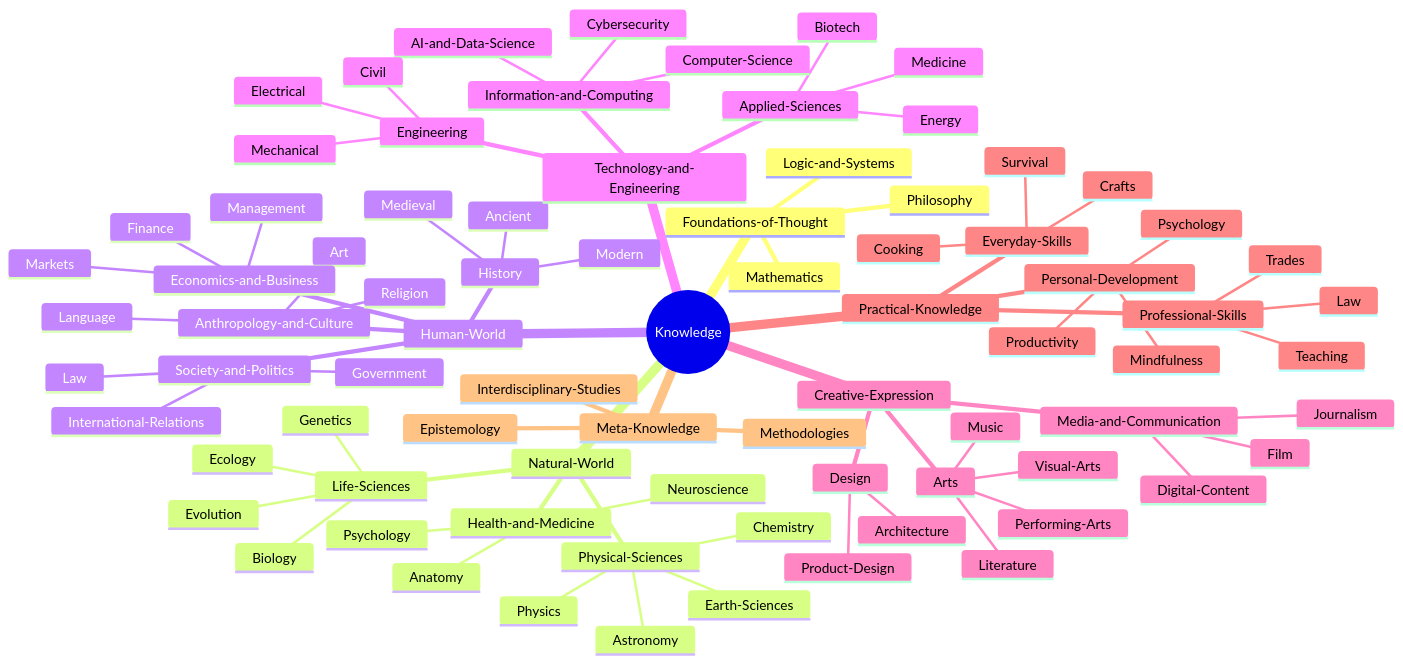
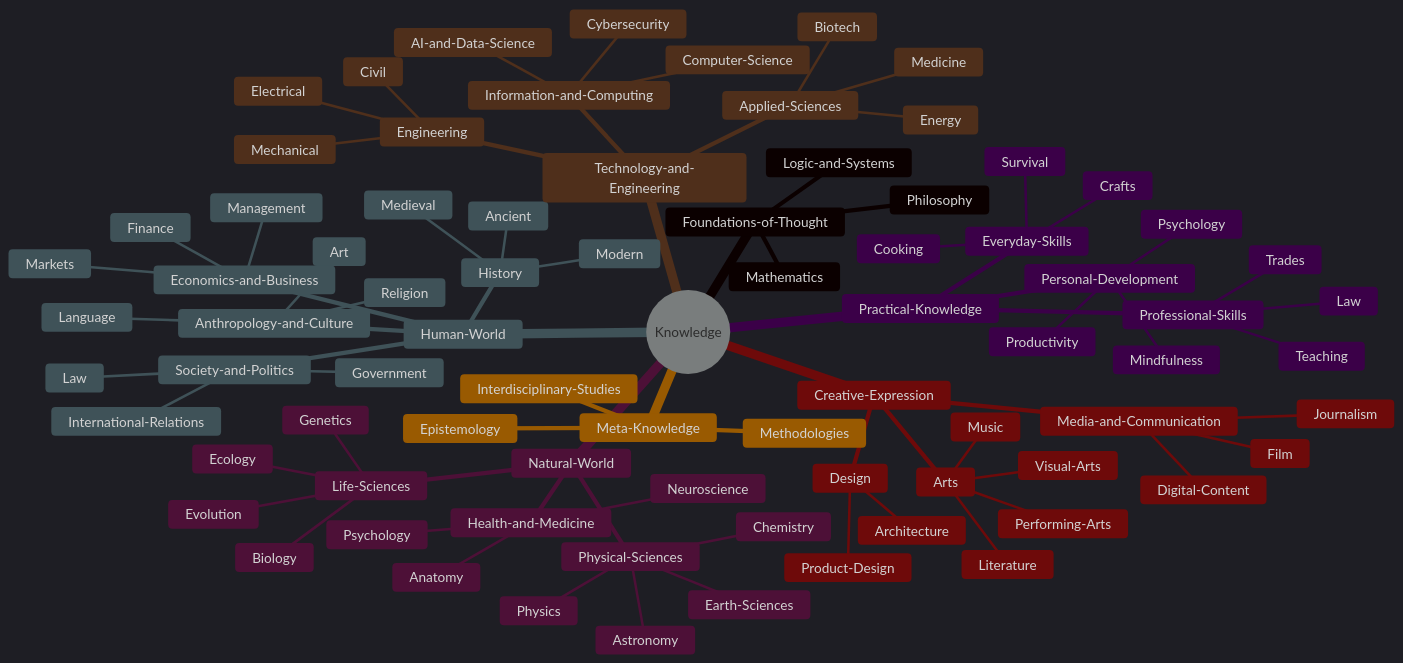
Before and after one commit to shawn-don-soneja/knowledge-base: the diagram in mindmap.md, drawn with Mermaid.

Commit message:
trying to fix github preview

````diff
--- a/mindmap.md
+++ b/mindmap.md
@@ -1,4 +1,5 @@
 ```mermaid
+%%{init: {'theme':'dark'}}%%
 mindmap
   root((Knowledge))
     Foundations-of-Thought
````
